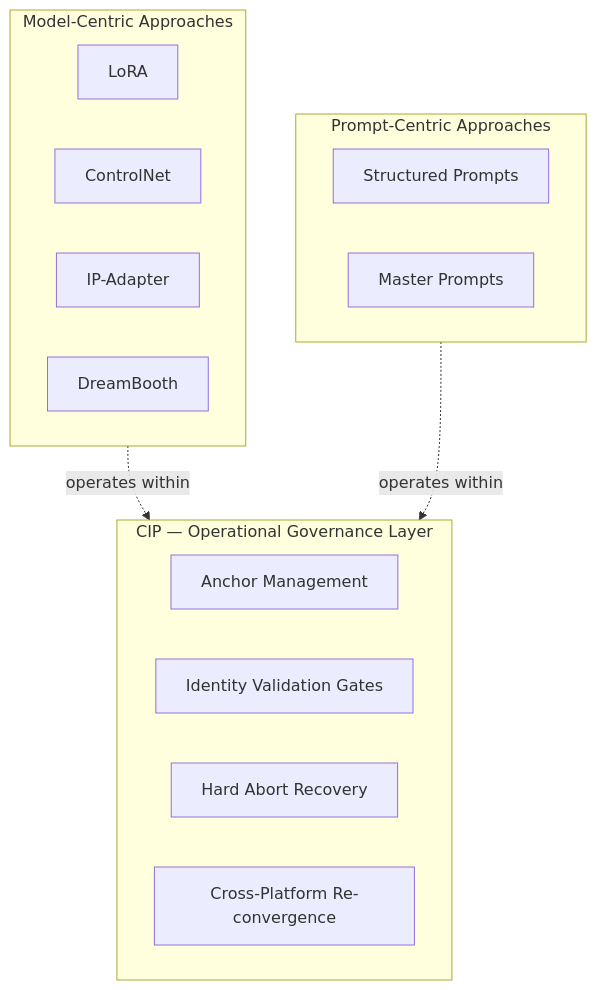
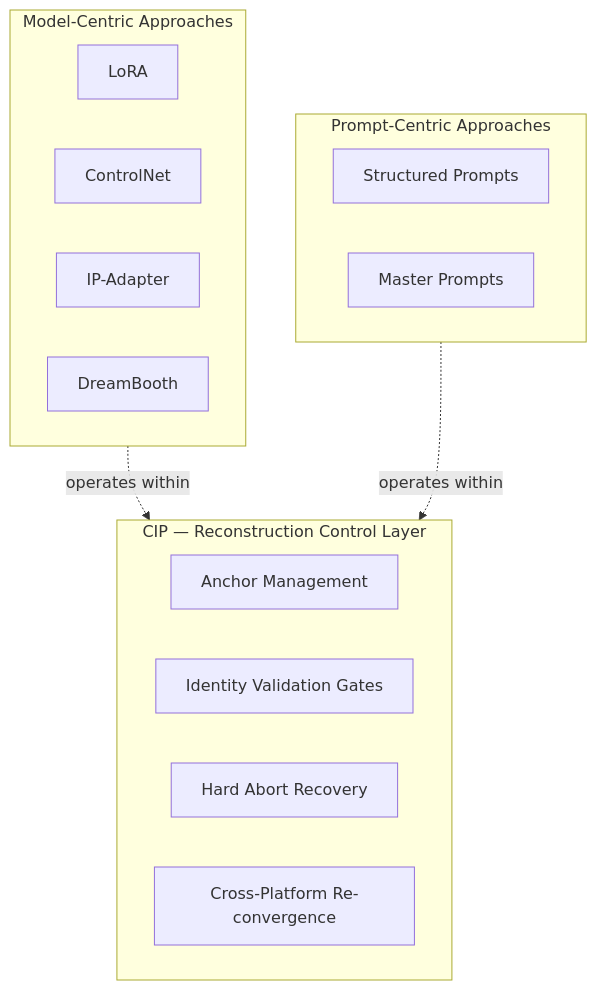
One commit to watadani-byte/character-identity-protocol changed the first of 7 diagrams in docs/whitepaper_v1.md. Above: the diagram before and after it, drawn with Mermaid. The commit also changed other lines of this file, not shown here.

````diff
--- a/docs/whitepaper_v1.md
+++ b/docs/whitepaper_v1.md
@@ -48,24 +48,24 @@
 ```mermaid
 flowchart TB
     subgraph MODEL["Model-Centric Approaches"]
         M1[LoRA]
         M2[ControlNet]
         M3[IP-Adapter]
         M4[DreamBooth]
     end
 
     subgraph PROMPT["Prompt-Centric Approaches"]
         P1[Structured Prompts]
         P2[Master Prompts]
     end
 
-    subgraph CIP_LAYER["CIP — Operational Governance Layer"]
+    subgraph CIP_LAYER["CIP — Reconstruction Control Layer"]
         C1[Anchor Management]
         C2[Identity Validation Gates]
         C3[Hard Abort Recovery]
         C4[Cross-Platform Re-convergence]
     end
 
     MODEL -.->|operates within| CIP_LAYER
     PROMPT -.->|operates within| CIP_LAYER
 ```
````
